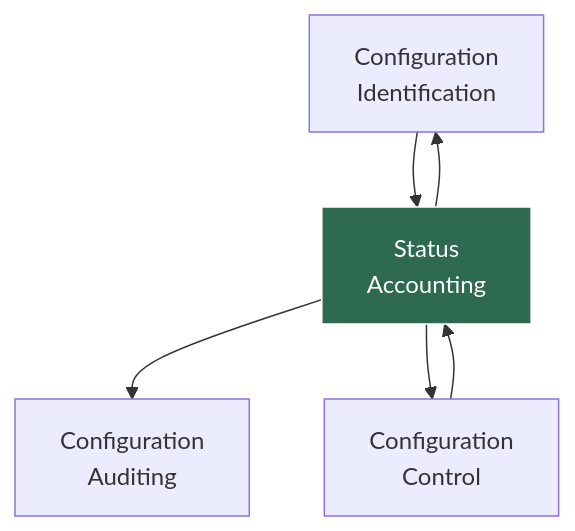
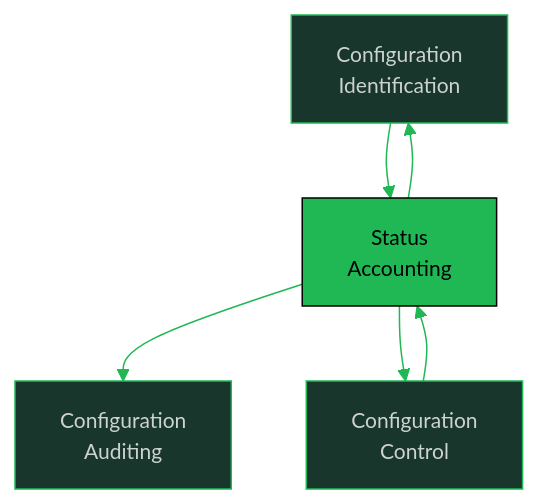
One commit to oat431/swe-knowledge changed the third of 3 diagrams in software-engineering-note/08_Software_Configuration_Management/07_SCSA_and_Status_Accounting.md. Above: the diagram before and after it, drawn with Mermaid. The commit also changed other lines of this file and 13 other files, not shown here.

````diff
--- a/software-engineering-note/08_Software_Configuration_Management/07_SCSA_and_Status_Accounting.md
+++ b/software-engineering-note/08_Software_Configuration_Management/07_SCSA_and_Status_Accounting.md
@@ -283,10 +285,11 @@
 ```mermaid
+%%{init: {'theme':'base','themeVariables':{'primaryColor':'#19362D','primaryTextColor':'#CDD3D1','primaryBorderColor':'#1FB854','lineColor':'#1FB854','secondaryColor':'#161212','tertiaryColor':'#1B1717','background':'#1B1717','mainBkg':'#19362D','nodeBorder':'#1FB854','clusterBkg':'#161212','clusterBorder':'#19362D','titleColor':'#1FB854','edgeLabelBackground':'#161212','fontSize':'14px'}}}%%
 graph TB
     CI["Configuration<br/>Identification"] --> CSA["Status<br/>Accounting"]
     CC["Configuration<br/>Control"] --> CSA
     CSA --> CA["Configuration<br/>Auditing"]
     CSA --> CI
     CSA --> CC
 
-    style CSA fill:#2d6a4f,stroke:#fff,color:#fff
+    style CSA fill:#1FB854,stroke:#000000,color:#000000
 ```
````
